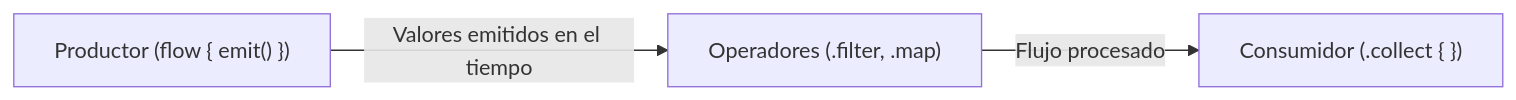
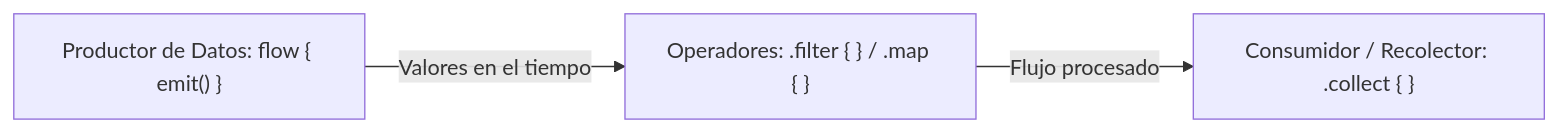
One commit to jssdocente/pmdm2627d changed the second of 4 diagrams in docs/temas/00-android/00-kotlin/52-flows.md. Above: the diagram before and after it, drawn with Mermaid. The commit also changed other lines of this file and 7 other files, not shown here.

First line of the commit message:
docs(kotlin): enriquecer paradigma reactivo en flows y estandarizar retos con referencias teoricas

````diff
--- a/docs/temas/00-android/00-kotlin/52-flows.md
+++ b/docs/temas/00-android/00-kotlin/52-flows.md
@@ -21,5 +125,5 @@
 ```mermaid
 flowchart LR
-    Productor["Productor (flow { emit() })"] -->|Valores emitidos en el tiempo| Intermediarios["Operadores (.filter, .map)"]
-    Intermediarios -->|Flujo procesado| Consumidor["Consumidor (.collect { })"]
+    Productor["Productor de Datos: flow { emit() }"] -->|"Valores en el tiempo"| Intermediarios["Operadores: .filter { } / .map { }"]
+    Intermediarios -->|"Flujo procesado"| Consumidor["Consumidor / Recolector: .collect { }"]
 ```
````
